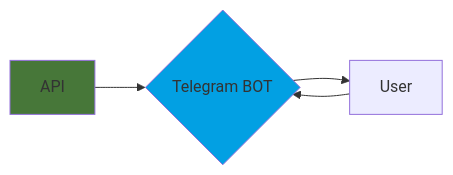
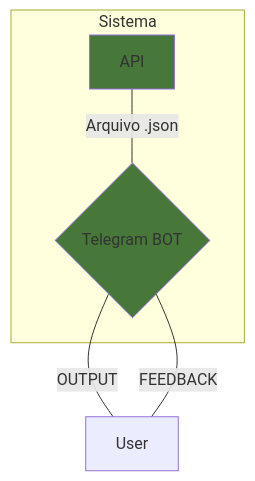
The diagram in README.md (jeffersonrafael/FutebolAPI-Bot), drawn with Mermaid before and after one commit. The commit also changed other lines of this file and 4 other files, not shown here.

````diff
--- a/README.md
+++ b/README.md
@@ -8,9 +25,12 @@
 ```mermaid
-flowchart LR;  
-    id1[API] --> id2{Telegram BOT};
-    id2{Telegram BOT} --> id3[User];
-    id3[User] --> id2{Telegram BOT}
+flowchart TD;  
+    subgraph Sistema
+        id1[API] -- Arquivo .json --- id2{Telegram BOT};
+    end
+    
+    id2{Telegram BOT} -- OUTPUT --- id3[User];
+    id3[User] -- FEEDBACK --- id2{Telegram BOT}
     
     style id1 fill:#477739
-    style id2 fill:#02A0E3
+    style id2 fill:#477739
 ```
````
